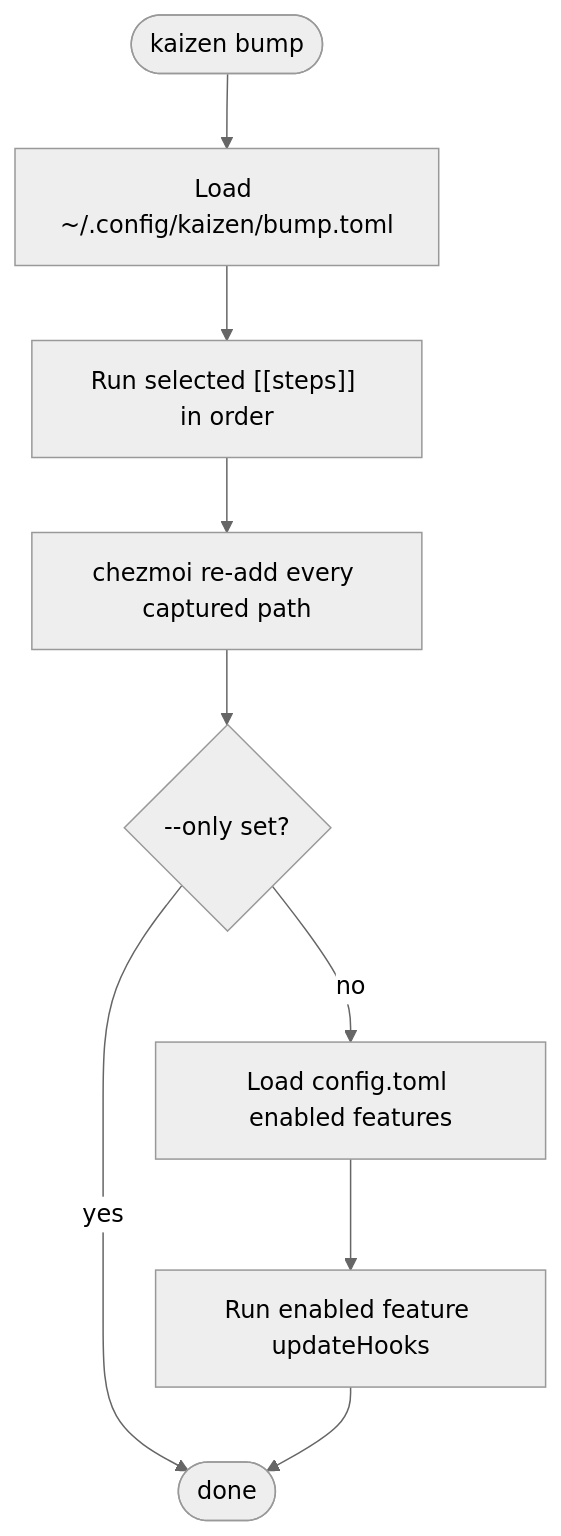
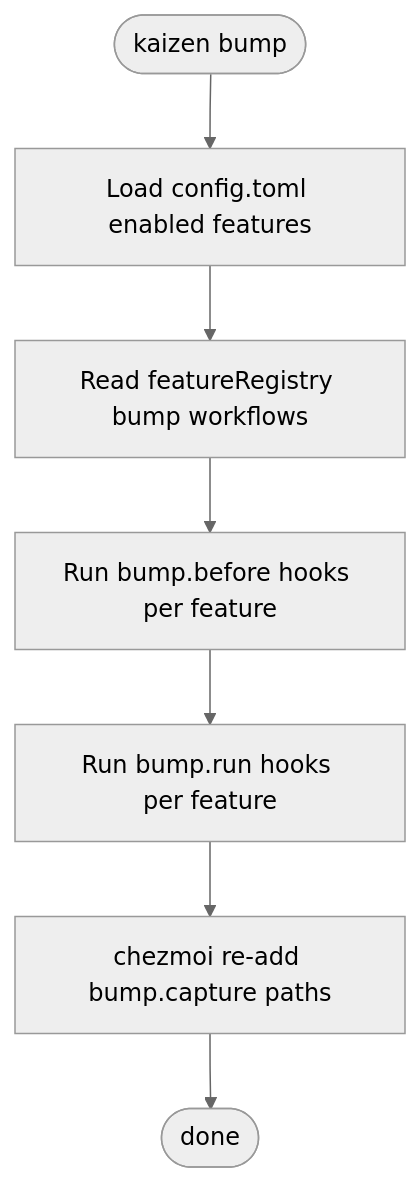
The fifth of 7 diagrams in docs/architecture.md (Artawower/kaizen), drawn with Mermaid (neutral theme) before and after one commit. The commit also changed other lines of this file and 26 other files, not shown here.

````diff
--- a/docs/architecture.md
+++ b/docs/architecture.md
@@ -127,11 +133,9 @@
 ```mermaid
 flowchart TD
-    start([kaizen bump]) --> manifest["Load ~/.config/kaizen/bump.toml"]
-    manifest --> steps["Run selected [[steps]] in order"]
-    steps --> capture["chezmoi re-add every captured path"]
-    capture --> only{"--only set?"}
-    only -- yes --> done([done])
-    only -- no --> config["Load config.toml enabled features"]
-    config --> hooks["Run enabled feature updateHooks"]
-    hooks --> done
+    start([kaizen bump]) --> config["Load config.toml enabled features"]
+    config --> registry["Read featureRegistry bump workflows"]
+    registry --> before["Run bump.before hooks per feature"]
+    before --> run["Run bump.run hooks per feature"]
+    run --> capture["chezmoi re-add bump.capture paths"]
+    capture --> done([done])
 ```
````
